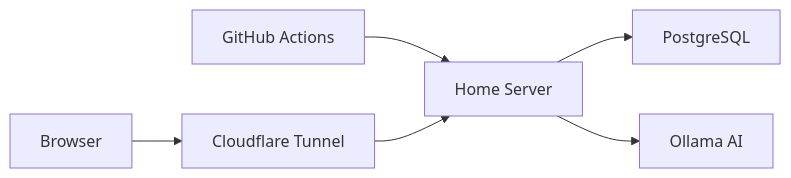
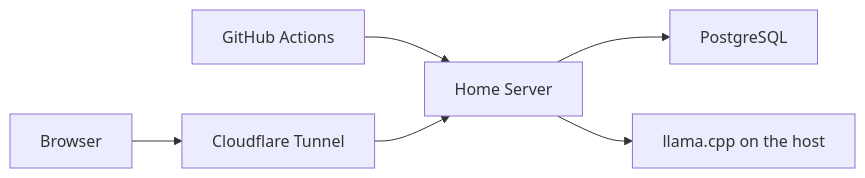
One commit to DigiBanks99/menlo changed the diagram in .github/workflows/README.md. Above: the diagram before and after it, drawn with Mermaid. The commit also changed other lines of this file and 2 other files, not shown here.

Commit message:
docs(deploy): describe the llama.cpp prod setup
The deployment docs still described an Ollama container and its model
pulls. Replace them with the host's llama-server prerequisites (the
mmproj-auto preset setting, --models-max, free loopback ports), the
host-networking and forwarded-header trust model, and the manual
removal of the old Ollama volume.

Relates to #577

Claude-Session: https://claude.ai/code/session_01KaJ6sjRTAHMHsiJ3BBV9HY

````diff
--- a/.github/workflows/README.md
+++ b/.github/workflows/README.md
@@ -48,8 +48,8 @@
 ```mermaid
 graph LR
     A[GitHub Actions] --> C[Home Server]
     U[Browser] --> D[Cloudflare Tunnel]
     D --> C
     C --> E[PostgreSQL]
-    C --> F[Ollama AI]
+    C --> F[llama.cpp on the host]
 ```
````
